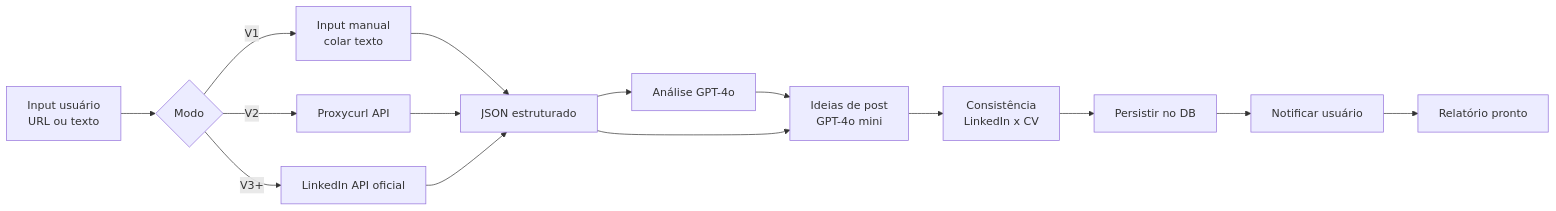
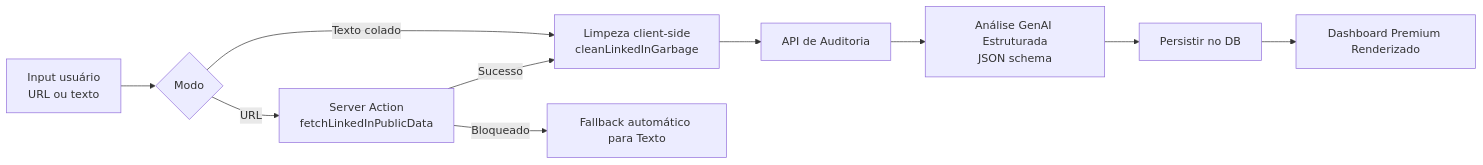
Before and after one commit to TheusCampos/AATRION: the diagram in docs/features/linkedin-auditor.md, drawn with Mermaid. The commit also changed other lines of this file and 96 other files, not shown here.

````diff
--- a/docs/features/linkedin-auditor.md
+++ b/docs/features/linkedin-auditor.md
@@ -21,17 +18,12 @@
 ```mermaid
 flowchart LR
     A[Input usuário<br/>URL ou texto] --> B{Modo}
-    B -->|V1| C[Input manual<br/>colar texto]
-    B -->|V2| D[Proxycurl API]
-    B -->|V3+| E[LinkedIn API oficial]
-    C --> F[JSON estruturado]
-    D --> F
-    E --> F
-    F --> G[Análise GPT-4o]
-    G --> H[Ideias de post<br/>GPT-4o mini]
-    F --> H
-    H --> I[Consistência<br/>LinkedIn x CV]
-    I --> J[Persistir no DB]
-    J --> K[Notificar usuário]
-    K --> L[Relatório pronto]
+    B -->|Texto colado| C[Limpeza client-side<br/>cleanLinkedInGarbage]
+    B -->|URL| D[Server Action<br/>fetchLinkedInPublicData]
+    D -->|Bloqueado| E[Fallback automático para Texto]
+    D -->|Sucesso| C
+    C --> F[API de Auditoria]
+    F --> G[Análise GenAI Estruturada<br/>JSON schema]
+    G --> H[Persistir no DB]
+    H --> I[Dashboard Premium Renderizado]
 ```
````
